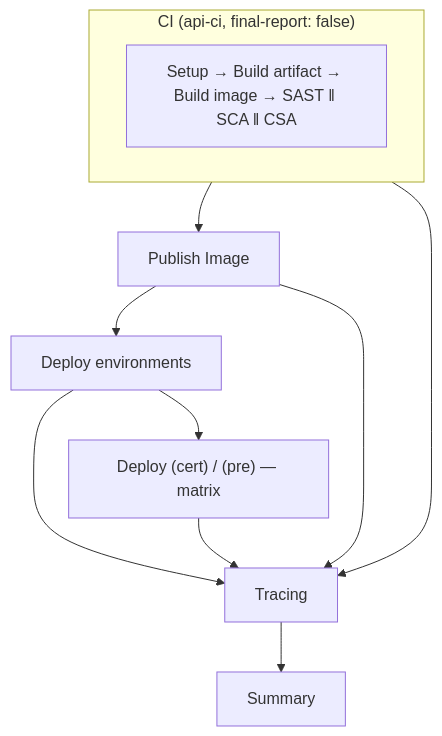
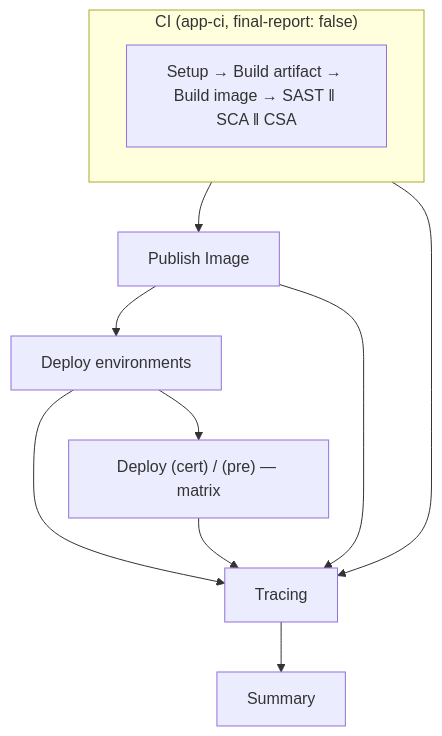
Before and after one commit to progmise/reusable-workflows: the third of 11 diagrams in docs/flows.md, drawn with Mermaid. The commit also changed other lines of this file and 9 other files, not shown here.

First line of the commit message:
refactor: rename api-* workflows to app-* (stack-agnostic deployables)

````diff
--- a/docs/flows.md
+++ b/docs/flows.md
@@ -86,14 +86,14 @@
 ```mermaid
 flowchart TD
-    subgraph CI["CI (api-ci, final-report: false)"]
+    subgraph CI["CI (app-ci, final-report: false)"]
         C1[Setup → Build artifact → Build image → SAST ‖ SCA ‖ CSA]
     end
     CI --> P[Publish Image]
     P --> DE[Deploy environments]
     DE --> D["Deploy (cert) / (pre) — matrix"]
     DE --> T[Tracing]
     D --> T
     CI --> T
     P --> T
     T --> SUM[Summary]
 ```
````
